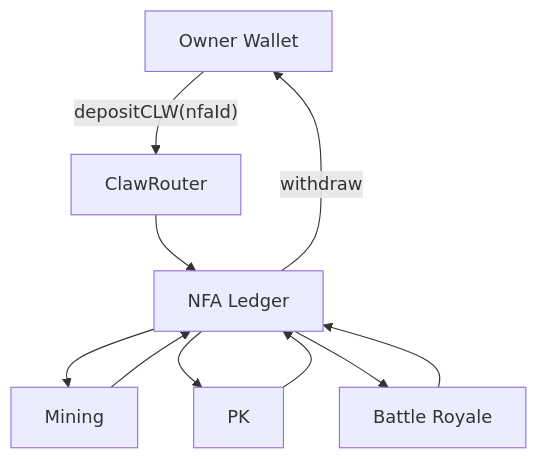
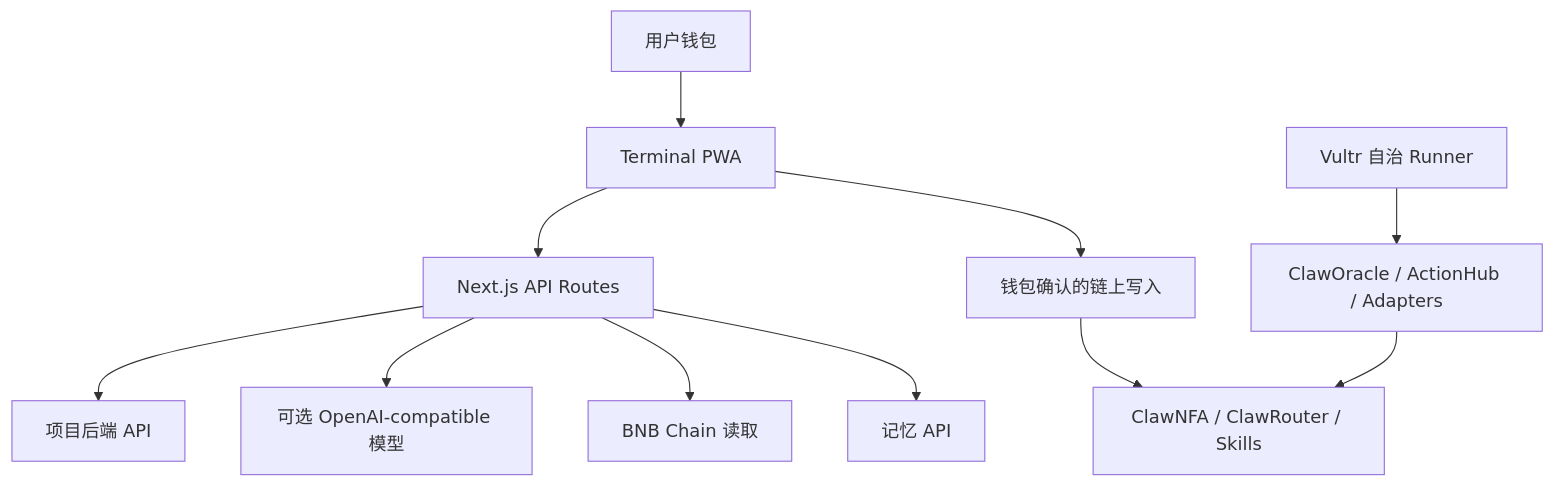
The fourth of 6 diagrams in README.md (fa762/ClaworldNfa), drawn with Mermaid before and after one commit. The commit also changed other lines of this file and 11 other files, not shown here.

````diff
--- a/README.md
+++ b/README.md
@@ -227,12 +427,13 @@
 ```mermaid
 flowchart TD
-  A["Owner Wallet"] -->|"depositCLW(nfaId)"| B["ClawRouter"]
-  B --> C["NFA Ledger"]
-  C --> D["Mining"]
-  C --> E["PK"]
-  C --> F["Battle Royale"]
-  D --> C
-  E --> C
-  F --> C
-  C -->|"withdraw"| A
+  A["用户钱包"] --> B["Terminal PWA"]
+  B --> C["Next.js API Routes"]
+  C --> D["项目后端 API"]
+  C --> E["可选 OpenAI-compatible 模型"]
+  C --> F["BNB Chain 读取"]
+  B --> G["钱包确认的链上写入"]
+  G --> H["ClawNFA / ClawRouter / Skills"]
+  C --> I["记忆 API"]
+  J["Vultr 自治 Runner"] --> K["ClawOracle / ActionHub / Adapters"]
+  K --> H
 ```
````
